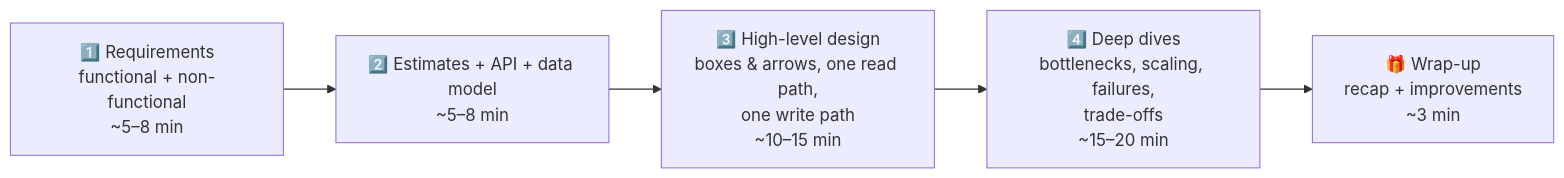
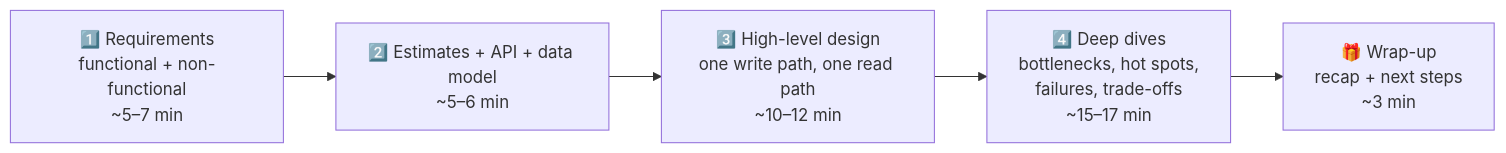
The diagram in phases/09-core-case-studies/073-design-framework.md (winnyboy5/System-Design-from-Atoms), drawn with Mermaid before and after one commit. The commit also changed other lines of this file and 7 other files, not shown here.

````diff
--- a/phases/09-core-case-studies/073-design-framework.md
+++ b/phases/09-core-case-studies/073-design-framework.md
@@ -28,7 +38,7 @@
 ```mermaid
 flowchart LR
-    R["1️⃣ Requirements<br/>functional + non-functional<br/>~5–8 min"] --> E["2️⃣ Estimates + API + data model<br/>~5–8 min"]
-    E --> H["3️⃣ High-level design<br/>boxes & arrows, one read path,<br/>one write path<br/>~10–15 min"]
-    H --> D["4️⃣ Deep dives<br/>bottlenecks, scaling, failures,<br/>trade-offs<br/>~15–20 min"]
-    D --> W["🎁 Wrap-up<br/>recap + improvements<br/>~3 min"]
+    R["1️⃣ Requirements<br/>functional + non-functional<br/>~5–7 min"] --> E["2️⃣ Estimates + API + data model<br/>~5–6 min"]
+    E --> H["3️⃣ High-level design<br/>one write path, one read path<br/>~10–12 min"]
+    H --> D["4️⃣ Deep dives<br/>bottlenecks, hot spots,<br/>failures, trade-offs<br/>~15–17 min"]
+    D --> W["🎁 Wrap-up<br/>recap + next steps<br/>~3 min"]
 ```
````
